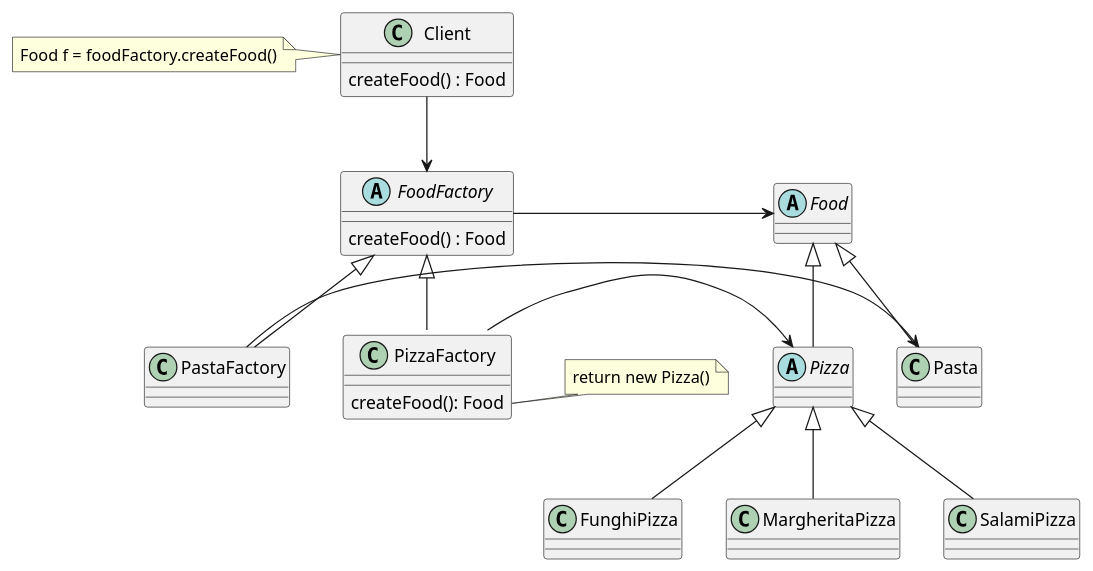
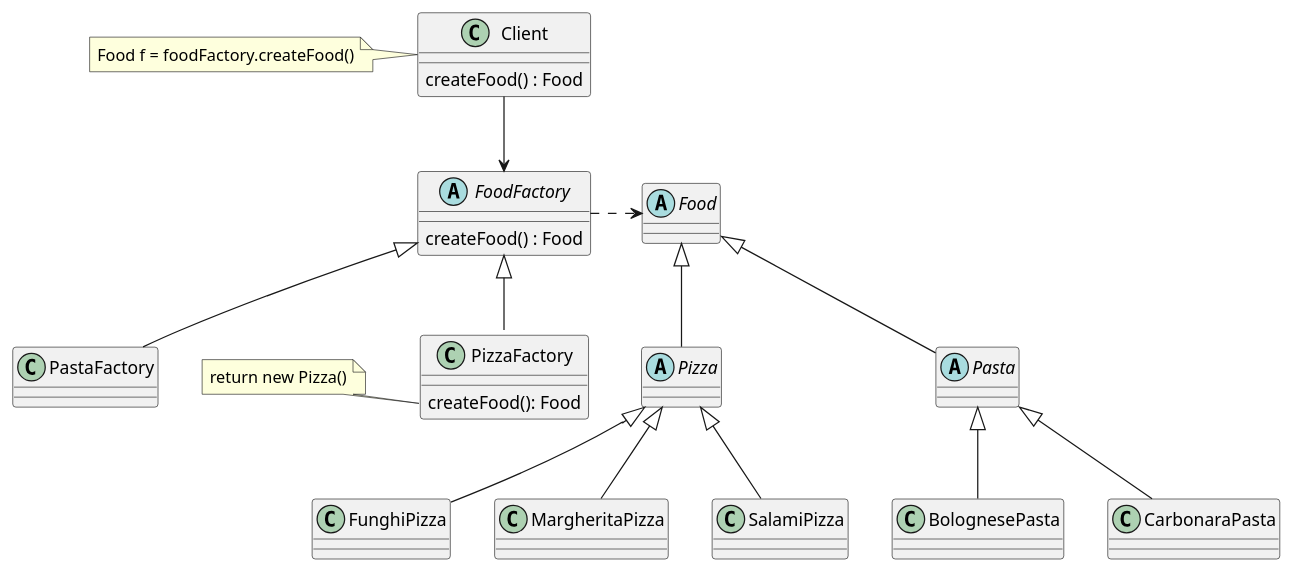
The diagram in u-factory-pattern/src/main/factory_pattern.puml (jprie/mum_springboot), drawn with PlantUML before and after one commit. The commit also changed 9 other files, not shown here.

Commit message:
update uml diagrams (clean test diagrams)

```diff
--- a/u-factory-pattern/src/main/factory_pattern.puml
+++ b/u-factory-pattern/src/main/factory_pattern.puml
@@ -1,51 +1,56 @@
 @startuml
 'https://plantuml.com/class-diagram
 
 
 class Client {
     createFood() : Food
 }
 
 note left of Client : Food f = foodFactory.createFood()
 
 abstract class FoodFactory {
     createFood() : Food
 }
 
 Client --> FoodFactory
 
 FoodFactory <|-- PizzaFactory
 
 
 'PizzaFactory <-- MargheritaPizza
 'PizzaFactory <-- FunghiPizza
 'PizzaFactory <-- ProsciuttoPizza
 
 abstract class Food
 
-FoodFactory -> Food
+FoodFactory .> Food
 
 abstract class Pizza
 
 Pizza <|-- FunghiPizza
 Pizza <|-- MargheritaPizza
 Pizza <|-- SalamiPizza
 
-class Pasta
+abstract class Pasta
+
+Pasta <|-- BolognesePasta
+Pasta <|-- CarbonaraPasta
+
 
 Food <|-- Pizza
 Food <|-- Pasta
 
-PizzaFactory -> Pizza
-PastaFactory -> Pasta
+'PizzaFactory -> Pizza
+'PastaFactory -> Pasta
+
 class PizzaFactory {
 createFood(): Food
 }
 note "return new Pizza()" as N1
 
 N1 .right. PizzaFactory::createFood
 
 class PastaFactory
 
 FoodFactory <|-- PastaFactory
 @enduml
```
